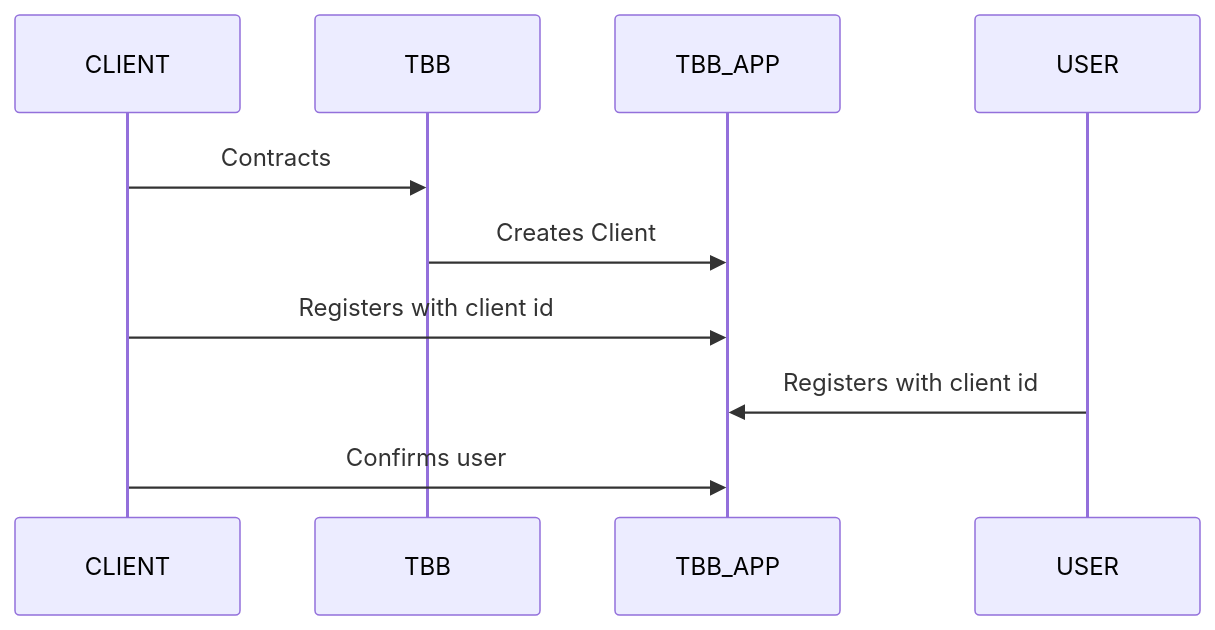
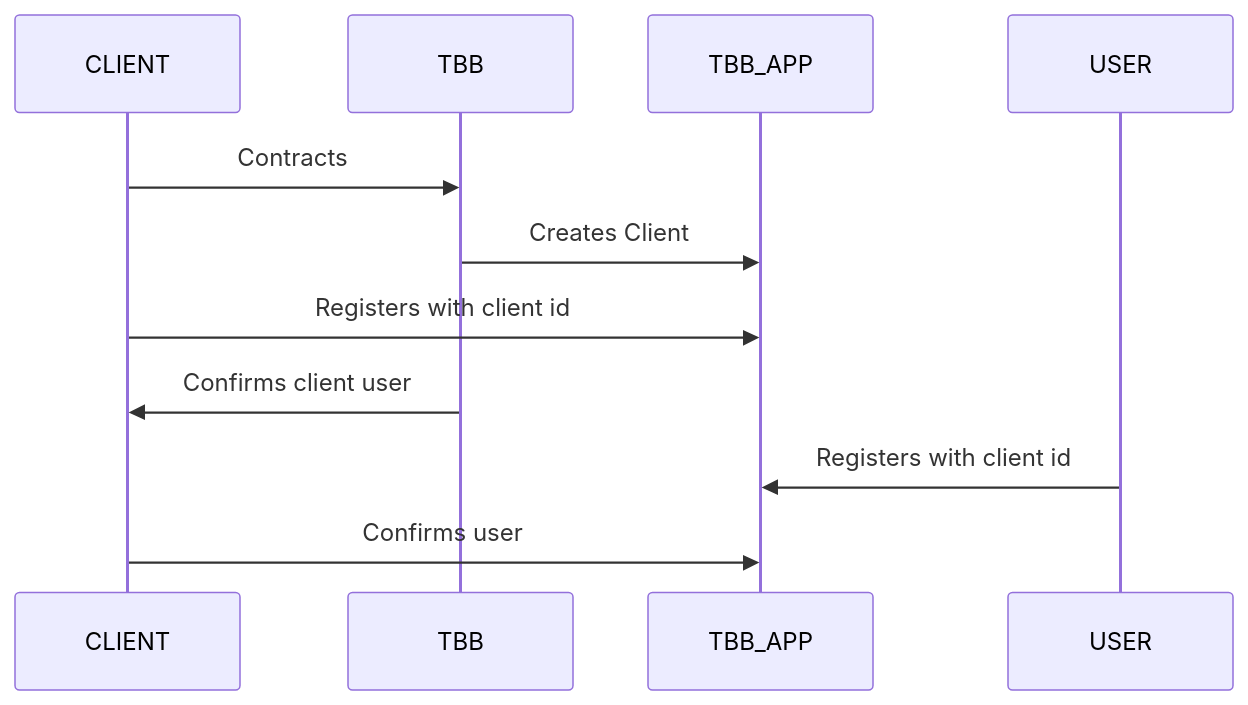
The diagram in README.md (danielsquitt/black-box), drawn with Mermaid before and after one commit. The commit also changed other lines of this file and 6 other files, not shown here.

````diff
--- a/README.md
+++ b/README.md
@@ -115,8 +134,9 @@
 ```mermaid
 sequenceDiagram
     CLIENT ->> TBB : Contracts
     TBB ->> TBB_APP: Creates Client
     CLIENT ->> TBB_APP: Registers with client id
+    TBB ->> CLIENT: Confirms client user
     USER ->> TBB_APP: Registers with client id
     CLIENT ->> TBB_APP: Confirms user
 ```
````
